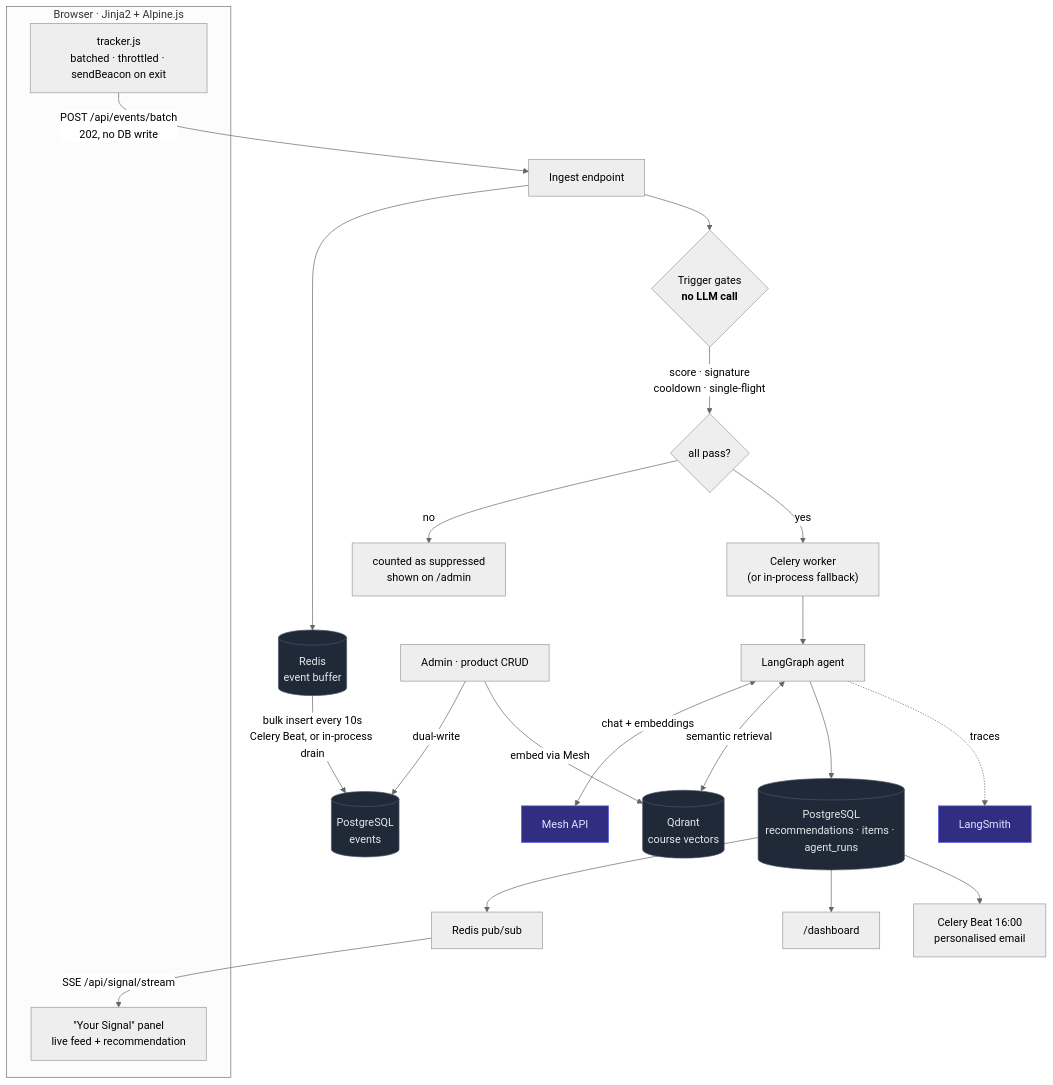
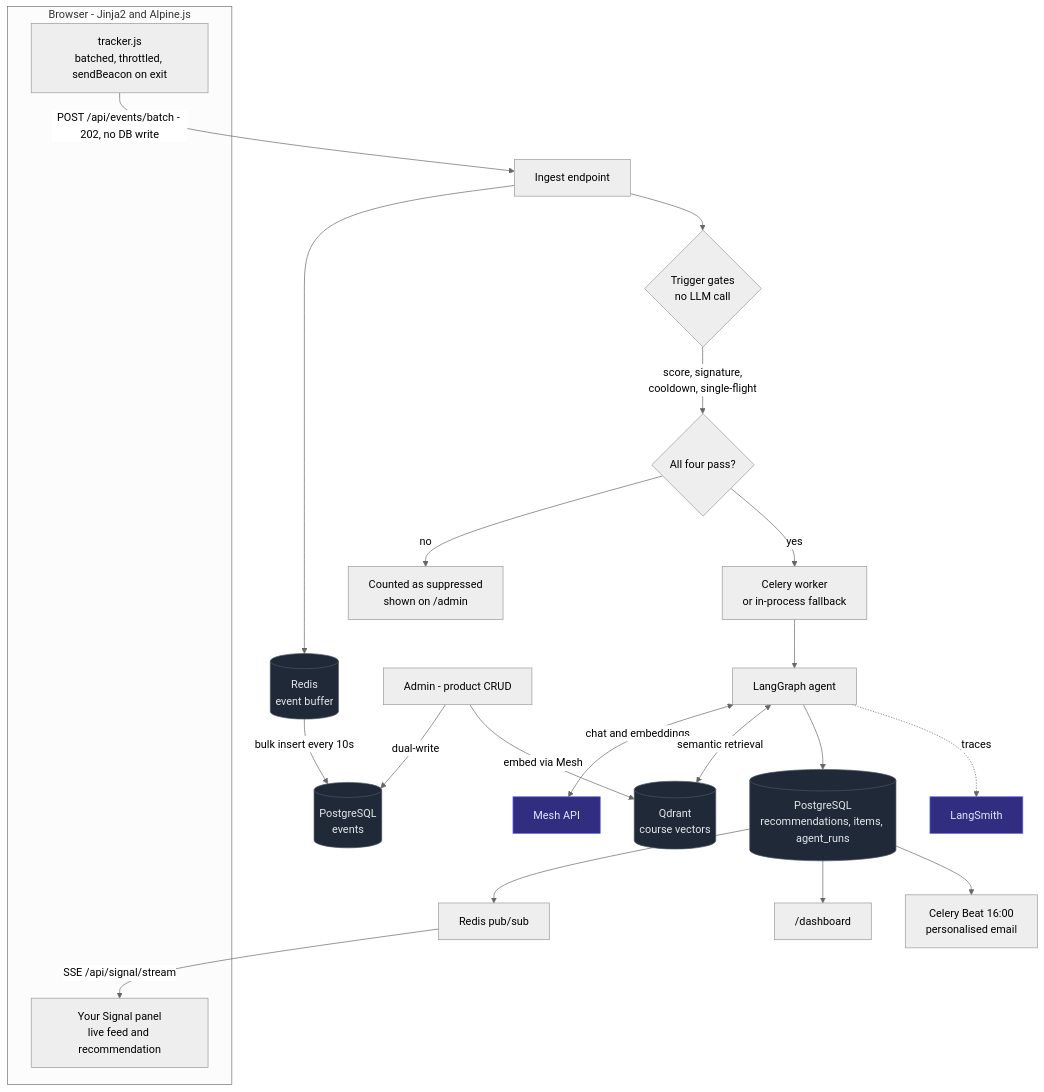
One commit to ekBlaise/smartreco_AI_agent changed the first of 3 diagrams in README.md. Above: the diagram before and after it, drawn with Mermaid (neutral theme). The commit also changed other lines of this file, not shown here.

Commit message:
fixed rendering issues with mermaid on README

````diff
--- a/README.md
+++ b/README.md
@@ -19,36 +19,36 @@
 ```mermaid
 flowchart TD
-    subgraph browser["Browser · Jinja2 + Alpine.js"]
-        T["tracker.js<br/>batched · throttled · sendBeacon on exit"]
-        P["&quot;Your Signal&quot; panel<br/>live feed + recommendation"]
+    subgraph browser["Browser - Jinja2 and Alpine.js"]
+        T["tracker.js<br/>batched, throttled, sendBeacon on exit"]
+        P["Your Signal panel<br/>live feed and recommendation"]
     end
 
-    T -->|"POST /api/events/batch<br/>202, no DB write"| ING["Ingest endpoint"]
+    T -->|"POST /api/events/batch - 202, no DB write"| ING["Ingest endpoint"]
     ING --> BUF[("Redis<br/>event buffer")]
-    BUF -->|"bulk insert every 10s<br/>Celery Beat, or in-process drain"| PG[("PostgreSQL<br/>events")]
+    BUF -->|"bulk insert every 10s"| PG[("PostgreSQL<br/>events")]
 
-    ING --> GATE{"Trigger gates<br/><b>no LLM call</b>"}
-    GATE -->|"score · signature<br/>cooldown · single-flight"| DECIDE{"all pass?"}
-    DECIDE -->|no| SKIP["counted as suppressed<br/>shown on /admin"]
-    DECIDE -->|yes| DISPATCH["Celery worker<br/>(or in-process fallback)"]
+    ING --> GATE{"Trigger gates<br/>no LLM call"}
+    GATE -->|"score, signature,<br/>cooldown, single-flight"| DECIDE{"All four pass?"}
+    DECIDE -->|"no"| SKIP["Counted as suppressed<br/>shown on /admin"]
+    DECIDE -->|"yes"| DISPATCH["Celery worker<br/>or in-process fallback"]
 
     DISPATCH --> AGENT["LangGraph agent"]
-    AGENT <-->|"chat + embeddings"| MESH["Mesh API"]
+    AGENT <-->|"chat and embeddings"| MESH["Mesh API"]
     AGENT <-->|"semantic retrieval"| QD[("Qdrant<br/>course vectors")]
-    AGENT --> STORE[("PostgreSQL<br/>recommendations · items · agent_runs")]
+    AGENT --> STORE[("PostgreSQL<br/>recommendations, items, agent_runs")]
 
     STORE --> PUB["Redis pub/sub"]
     PUB -->|"SSE /api/signal/stream"| P
     STORE --> DASH["/dashboard"]
     STORE --> DIGEST["Celery Beat 16:00<br/>personalised email"]
 
-    ADMIN["Admin · product CRUD"] -->|"dual-write"| PG
+    ADMIN["Admin - product CRUD"] -->|"dual-write"| PG
     ADMIN -->|"embed via Mesh"| QD
 
     AGENT -.->|"traces"| LS["LangSmith"]
 
     classDef store fill:#1f2937,stroke:#4b5563,color:#e5e7eb
     classDef ext fill:#312e81,stroke:#6366f1,color:#e0e7ff
     class BUF,PG,QD,STORE store
     class MESH,LS ext
 ```
````
